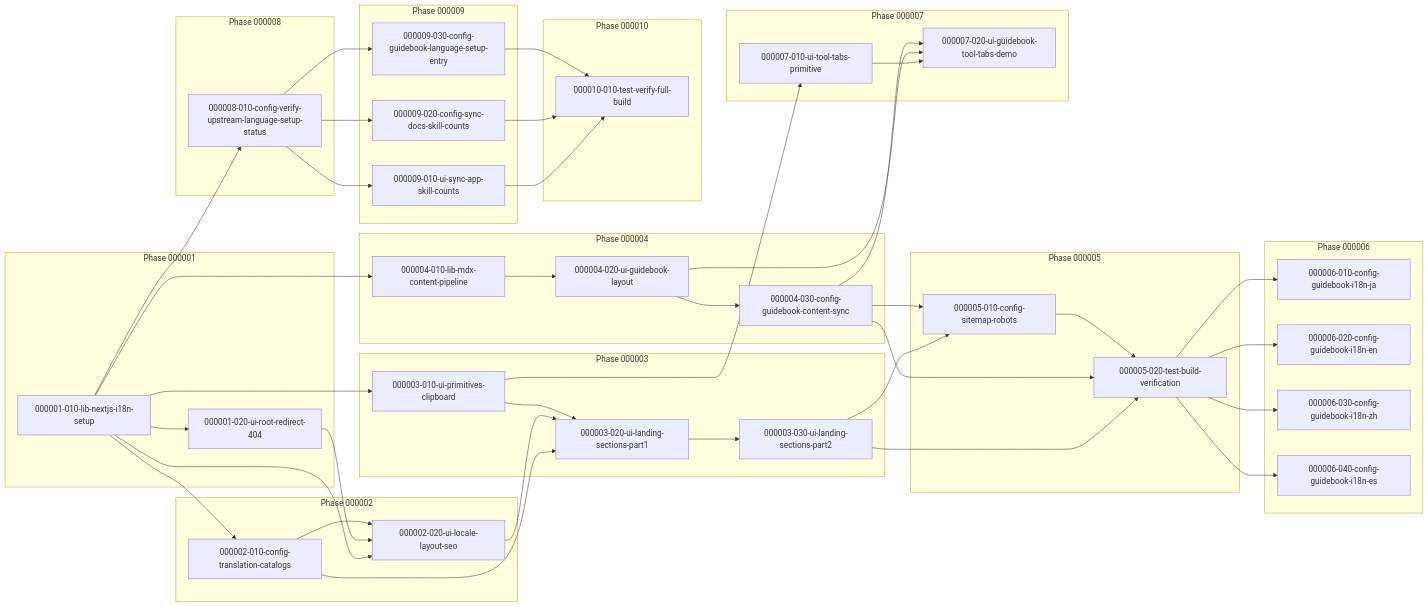
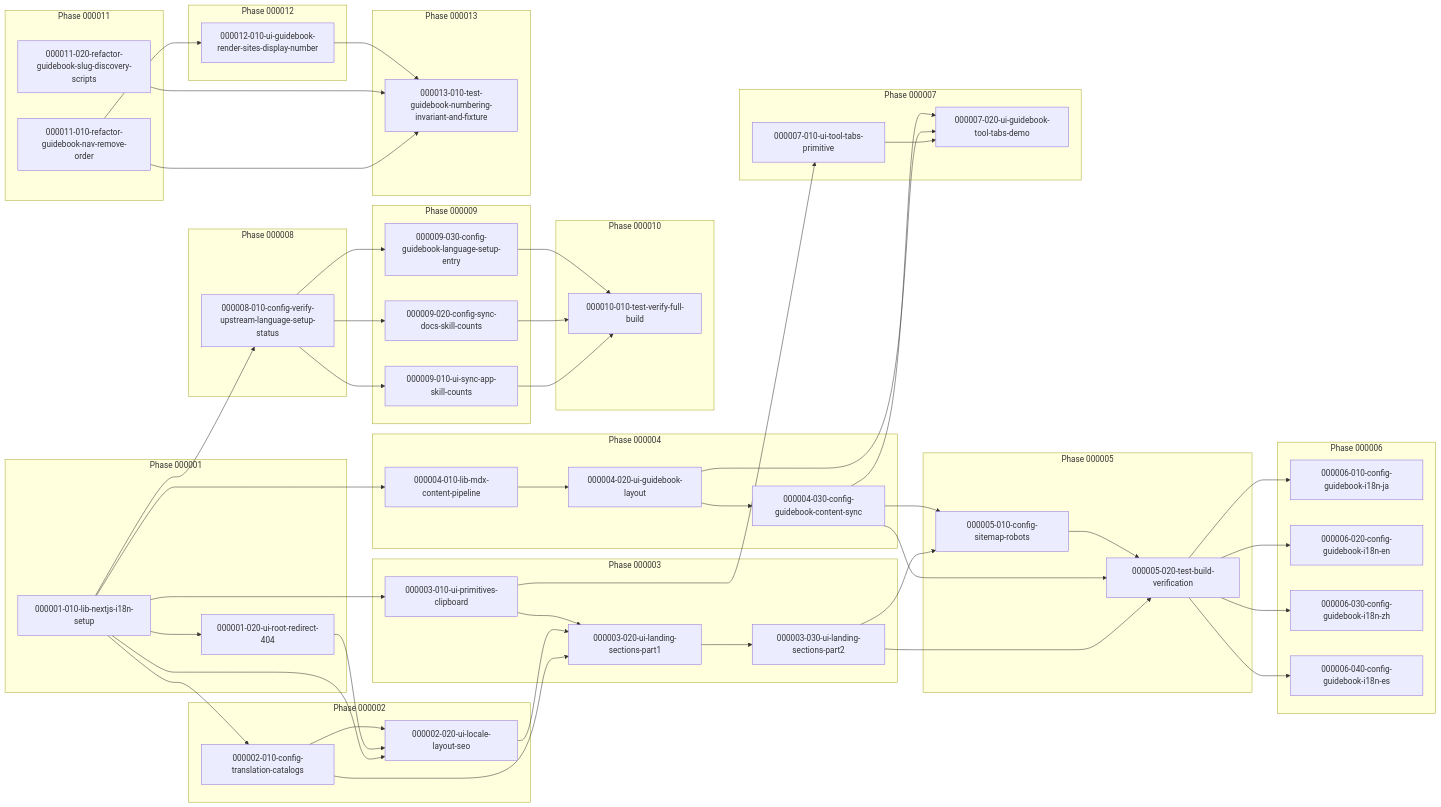
One commit to yongwoon/ywc-agent-toolkit-lp changed the diagram in tasks/dependency-graph.md. Above: the diagram before and after it, drawn with Mermaid. The commit also changed other lines of this file and 9 other files, not shown here.

First line of the commit message:
docs: decompose guidebook numbering refactor into 4 tasks

````diff
--- a/tasks/dependency-graph.md
+++ b/tasks/dependency-graph.md
@@ -139,4 +154,18 @@
     I2 --> J1
     I3 --> J1
   end
+  subgraph Phase 000011
+    K1[000011-010-refactor-guidebook-nav-remove-order]
+    K2[000011-020-refactor-guidebook-slug-discovery-scripts]
+  end
+  subgraph Phase 000012
+    L1[000012-010-ui-guidebook-render-sites-display-number]
+    K1 --> L1
+  end
+  subgraph Phase 000013
+    M1[000013-010-test-guidebook-numbering-invariant-and-fixture]
+    K1 --> M1
+    K2 --> M1
+    L1 --> M1
+  end
 ```
````
